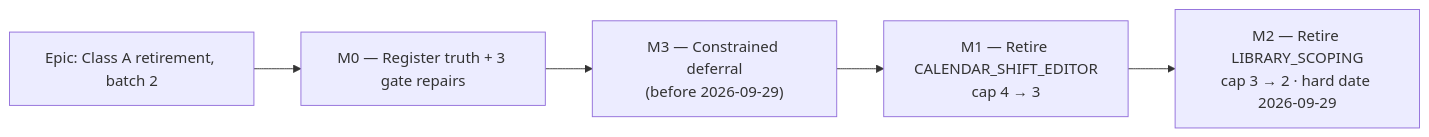
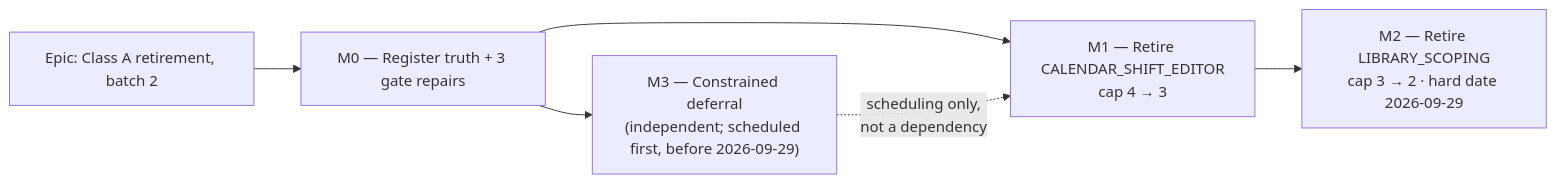
One commit to HuttonHomeHub/SchedulePoint_1 changed the diagram in docs/specs/flag-retirement-library-and-calendar/implementation-plan.md. Above: the diagram before and after it, drawn with Mermaid. The commit also changed other lines of this file and 1 other file, not shown here.

````diff
--- a/docs/specs/flag-retirement-library-and-calendar/implementation-plan.md
+++ b/docs/specs/flag-retirement-library-and-calendar/implementation-plan.md
@@ -16,7 +17,8 @@
 ```mermaid
 flowchart LR
   E["Epic: Class A retirement, batch 2"] --> M0["M0 — Register truth + 3 gate repairs"]
-  M0 --> M3["M3 — Constrained deferral<br/>(before 2026-09-29)"]
-  M3 --> M1["M1 — Retire CALENDAR_SHIFT_EDITOR<br/>cap 4 → 3"]
+  M0 --> M3["M3 — Constrained deferral<br/>(independent; scheduled first, before 2026-09-29)"]
+  M0 --> M1["M1 — Retire CALENDAR_SHIFT_EDITOR<br/>cap 4 → 3"]
   M1 --> M2["M2 — Retire LIBRARY_SCOPING<br/>cap 3 → 2 · hard date 2026-09-29"]
+  M3 -.->|"scheduling only,<br/>not a dependency"| M1
 ```
````
